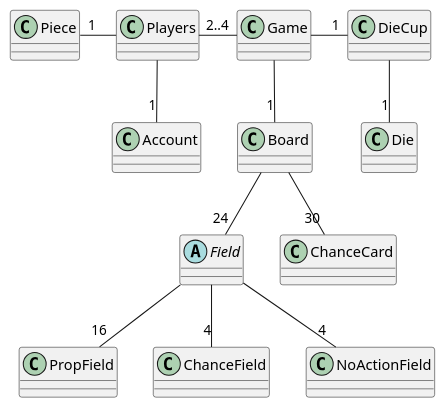
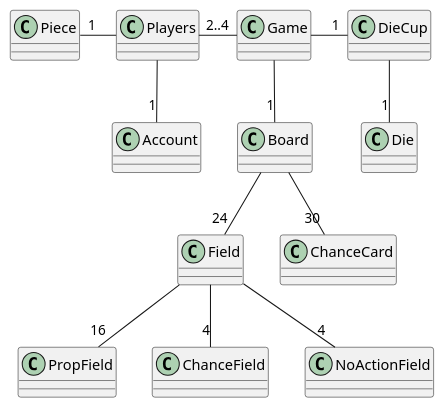
Before and after one commit to Jakob-SA/CDIO-3: the diagram in src/main/java/plantUML_diagrams/DomainClassDiagram.puml, drawn with PlantUML. The commit also changed 1 other file, not shown here.

Commit message:
Changes_in_DomainClassDiagram v2

```diff
--- a/src/main/java/plantUML_diagrams/DomainClassDiagram.puml
+++ b/src/main/java/plantUML_diagrams/DomainClassDiagram.puml
@@ -1,18 +1,18 @@
 @startuml
 'https://plantuml.com/class-diagram
 
-abstract class Field
+
 
 Players"2..4" - Game
 Piece"1" - Players
 Players -- "1"Account
 Game - "1"DieCup
 DieCup -- "1"Die
 Game -- "1"Board
 Board -- "24"  Field
  Field -- "16"PropField
  Field -- "4"ChanceField
  Field -- "4"NoActionField
 Board -- "30"ChanceCard
 
 @enduml
```
